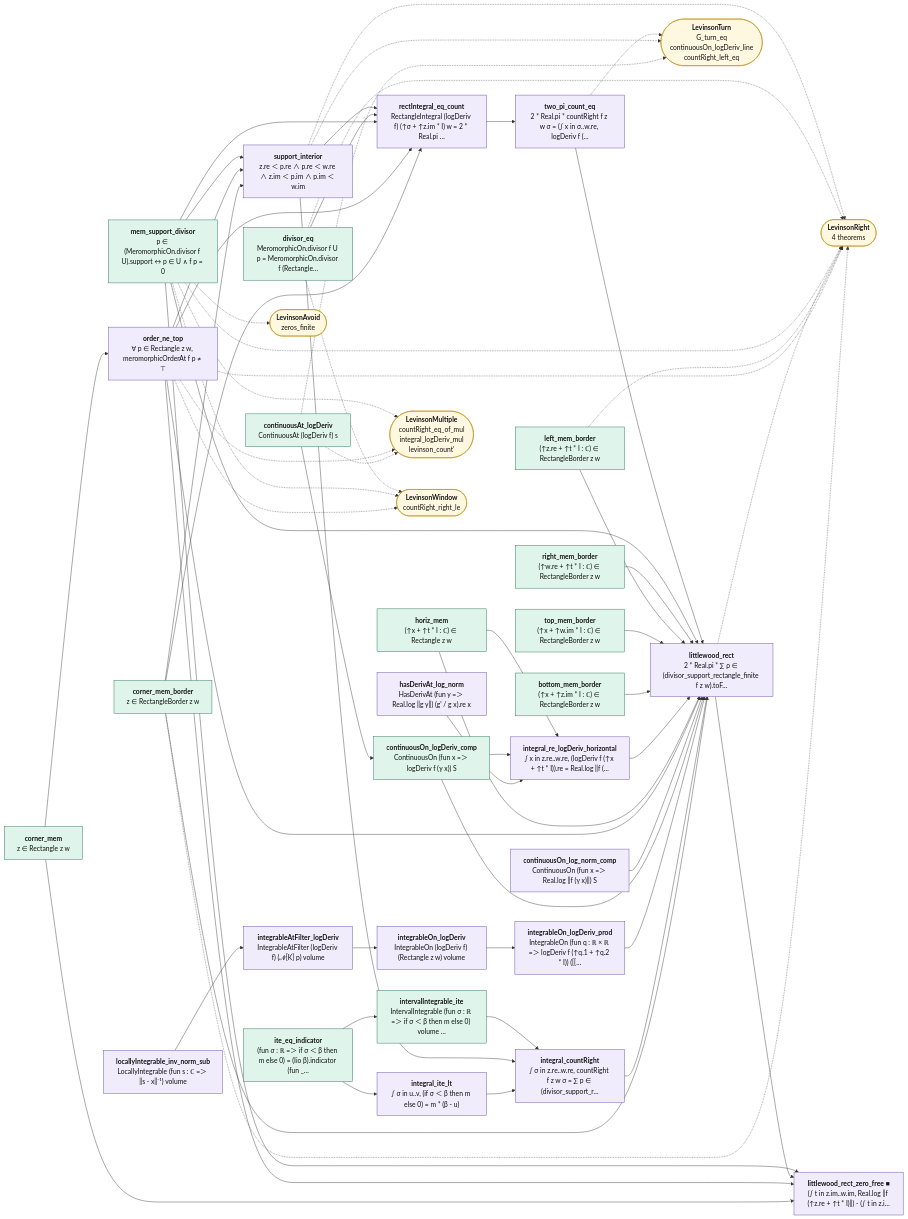
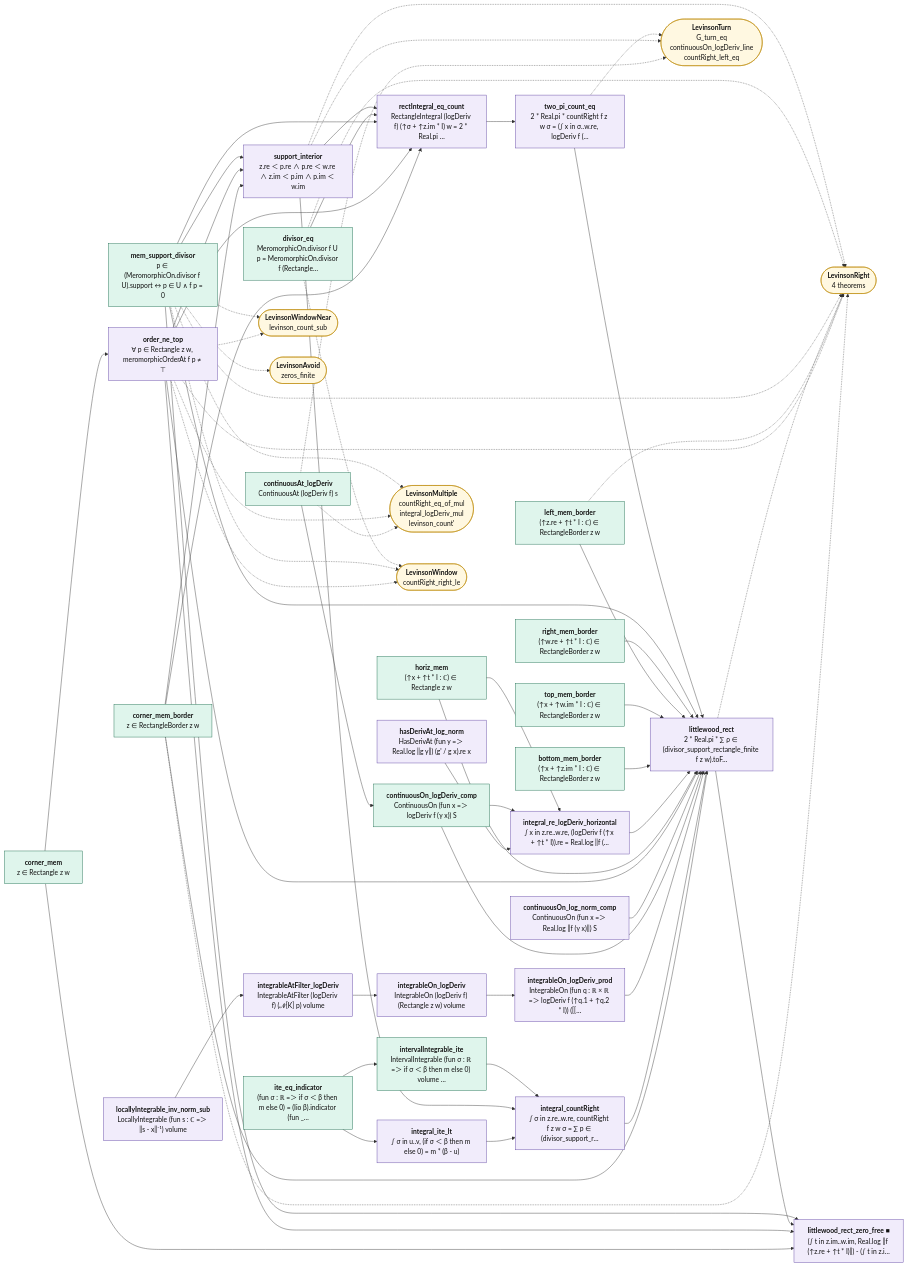
One commit to juliansambranojr/Primebeat_081426 changed the diagram in map/lean_stage3/Littlewood.mmd. Above: the diagram before and after it, drawn with Mermaid. The commit also changed 40 other files, not shown here.

```diff
--- a/map/lean_stage3/Littlewood.mmd
+++ b/map/lean_stage3/Littlewood.mmd
@@ -1,99 +1,102 @@
 flowchart LR
   n0["<b>corner_mem</b><br/>z ∈ Rectangle z w"]:::cnt
   n1["<b>corner_mem_border</b><br/>z ∈ RectangleBorder z w"]:::cnt
   n2["<b>order_ne_top</b><br/>∀ p ∈ Rectangle z w, meromorphicOrderAt f p ≠ ⊤"]:::shp
   n3["<b>mem_support_divisor</b><br/>p ∈ (MeromorphicOn.divisor f U).support ↔ p ∈ U ∧ f p = 0"]:::cnt
   n4["<b>divisor_eq</b><br/>MeromorphicOn.divisor f U p = MeromorphicOn.divisor f (Rectangle…"]:::cnt
   n5["<b>support_interior</b><br/>z.re ＜ p.re ∧ p.re ＜ w.re ∧ z.im ＜ p.im ∧ p.im ＜ w.im"]:::shp
   n6["<b>rectIntegral_eq_count</b><br/>RectangleIntegral (logDeriv f) (↑σ + ↑z.im * I) w = 2 * Real.pi …"]:::shp
   n7["<b>two_pi_count_eq</b><br/>2 * Real.pi * countRight f z w σ = (∫ x in σ..w.re, logDeriv f (…"]:::shp
   n8["<b>ite_eq_indicator</b><br/>(fun σ : ℝ =＞ if σ ＜ β then m else 0) = (Iio β).indicator (fun _…"]:::cnt
   n9["<b>intervalIntegrable_ite</b><br/>IntervalIntegrable (fun σ : ℝ =＞ if σ ＜ β then m else 0) volume …"]:::cnt
   n10["<b>integral_ite_lt</b><br/>∫ σ in u..v, (if σ ＜ β then m else 0) = m * (β - u)"]:::shp
   n11["<b>integral_countRight</b><br/>∫ σ in z.re..w.re, countRight f z w σ = ∑ p ∈ (divisor_support_r…"]:::shp
   n12["<b>locallyIntegrable_inv_norm_sub</b><br/>LocallyIntegrable (fun s : ℂ =＞ ‖s - x‖⁻¹) volume"]:::shp
   n13["<b>integrableAtFilter_logDeriv</b><br/>IntegrableAtFilter (logDeriv f) (𝓝[K] p) volume"]:::shp
   n14["<b>integrableOn_logDeriv</b><br/>IntegrableOn (logDeriv f) (Rectangle z w) volume"]:::shp
   n15["<b>integrableOn_logDeriv_prod</b><br/>IntegrableOn (fun q : ℝ × ℝ =＞ logDeriv f (↑q.1 + ↑q.2 * I)) ([[…"]:::shp
   n16["<b>hasDerivAt_log_norm</b><br/>HasDerivAt (fun y =＞ Real.log ‖g y‖) (g' / g x).re x"]:::shp
   n17["<b>continuousAt_logDeriv</b><br/>ContinuousAt (logDeriv f) s"]:::cnt
   n18["<b>continuousOn_logDeriv_comp</b><br/>ContinuousOn (fun x =＞ logDeriv f (γ x)) S"]:::cnt
   n19["<b>continuousOn_log_norm_comp</b><br/>ContinuousOn (fun x =＞ Real.log ‖f (γ x)‖) S"]:::shp
   n20["<b>horiz_mem</b><br/>(↑x + ↑t * I : ℂ) ∈ Rectangle z w"]:::cnt
   n21["<b>integral_re_logDeriv_horizontal</b><br/>∫ x in z.re..w.re, (logDeriv f (↑x + ↑t * I)).re = Real.log ‖f (…"]:::shp
   n22["<b>bottom_mem_border</b><br/>(↑x + ↑z.im * I : ℂ) ∈ RectangleBorder z w"]:::cnt
   n23["<b>top_mem_border</b><br/>(↑x + ↑w.im * I : ℂ) ∈ RectangleBorder z w"]:::cnt
   n24["<b>left_mem_border</b><br/>(↑z.re + ↑t * I : ℂ) ∈ RectangleBorder z w"]:::cnt
   n25["<b>right_mem_border</b><br/>(↑w.re + ↑t * I : ℂ) ∈ RectangleBorder z w"]:::cnt
   n26["<b>littlewood_rect</b><br/>2 * Real.pi * ∑ ρ ∈ (divisor_support_rectangle_finite f z w).toF…"]:::shp
   n27["<b>littlewood_rect_zero_free ■</b><br/>(∫ t in z.im..w.im, Real.log ‖f (↑z.re + ↑t * I)‖) - (∫ t in z.i…"]:::shp
   x0(["<b>LevinsonRight</b><br/>4 theorems"]):::ext
   x1(["<b>LevinsonMultiple</b><br/>countRight_eq_of_mul<br/>integral_logDeriv_mul<br/>levinson_count'"]):::ext
   x2(["<b>LevinsonWindow</b><br/>countRight_right_le"]):::ext
-  x3(["<b>LevinsonAvoid</b><br/>zeros_finite"]):::ext
-  x4(["<b>LevinsonTurn</b><br/>G_turn_eq<br/>continuousOn_logDeriv_line<br/>countRight_left_eq"]):::ext
+  x3(["<b>LevinsonWindowNear</b><br/>levinson_count_sub"]):::ext
+  x4(["<b>LevinsonAvoid</b><br/>zeros_finite"]):::ext
+  x5(["<b>LevinsonTurn</b><br/>G_turn_eq<br/>continuousOn_logDeriv_line<br/>countRight_left_eq"]):::ext
   n0 --> n2
   n0 --> n27
   n1 --> n26
   n1 --> n5
   n1 --> n6
   n10 --> n11
   n11 --> n26
   n12 --> n13
   n13 --> n14
   n14 --> n15
   n15 --> n26
   n16 --> n21
   n17 --> n18
   n18 --> n21
   n18 --> n26
   n19 --> n26
   n2 --> n26
   n2 --> n27
   n2 --> n5
   n2 --> n6
   n20 --> n21
   n20 --> n26
   n21 --> n26
   n22 --> n26
   n23 --> n26
   n24 --> n26
   n25 --> n26
   n26 --> n27
   n3 --> n26
   n3 --> n27
   n3 --> n5
   n3 --> n6
   n4 --> n6
   n5 --> n11
   n5 --> n6
   n6 --> n7
   n7 --> n26
   n8 --> n10
   n8 --> n9
   n9 --> n11
   n1 -.-> x0
   n17 -.-> x1
-  n17 -.-> x4
+  n17 -.-> x5
   n2 -.-> x0
   n2 -.-> x1
   n2 -.-> x2
+  n2 -.-> x3
   n24 -.-> x0
   n26 -.-> x0
   n3 -.-> x0
   n3 -.-> x1
   n3 -.-> x2
   n3 -.-> x3
+  n3 -.-> x4
   n4 -.-> x0
   n4 -.-> x2
   n5 -.-> x0
-  n5 -.-> x4
-  n7 -.-> x4
+  n5 -.-> x5
+  n7 -.-> x5
   classDef cnt fill:#dff5ec,stroke:#17694a,color:#111
   classDef shp fill:#f1ecfb,stroke:#5b3fa0,color:#111
   classDef rh fill:#ffe5e5,stroke:#c22,color:#111,stroke-width:2px
   classDef thm fill:#eef4ff,stroke:#335,color:#111
   classDef end_ fill:#e7f7e7,stroke:#2a7,color:#111,stroke-width:2px
   classDef lone fill:#fff,stroke:#999,color:#111,stroke-dasharray:4 3
   classDef bad fill:#ffe5e5,stroke:#c22,color:#111,stroke-width:2px
   classDef ext fill:#fff8e1,stroke:#b80,color:#111
```
